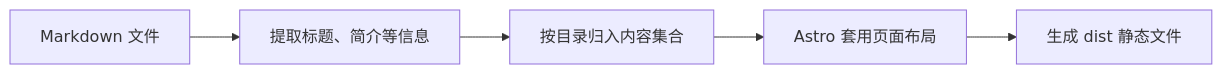
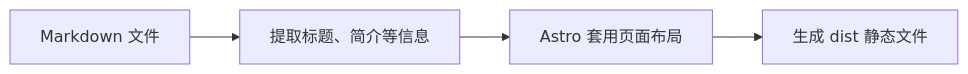
Before and after one commit to pluchon/link_cloudfare_website: the first of 2 diagrams in README.md, drawn with Mermaid. The commit also changed other lines of this file and 8 other files, not shown here.

````diff
--- a/README.md
+++ b/README.md
@@ -28,7 +55,6 @@
 ```mermaid
 flowchart LR
     MD[Markdown 文件] --> Loader[提取标题、简介等信息]
-    Loader --> Collection[按目录归入内容集合]
-    Collection --> Astro[Astro 套用页面布局]
+    Loader --> Astro[Astro 套用页面布局]
     Astro --> Dist[生成 dist 静态文件]
 ```
````
